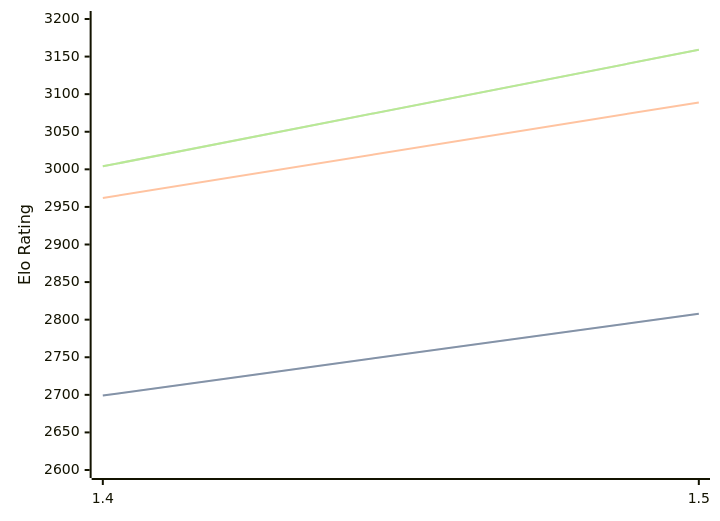
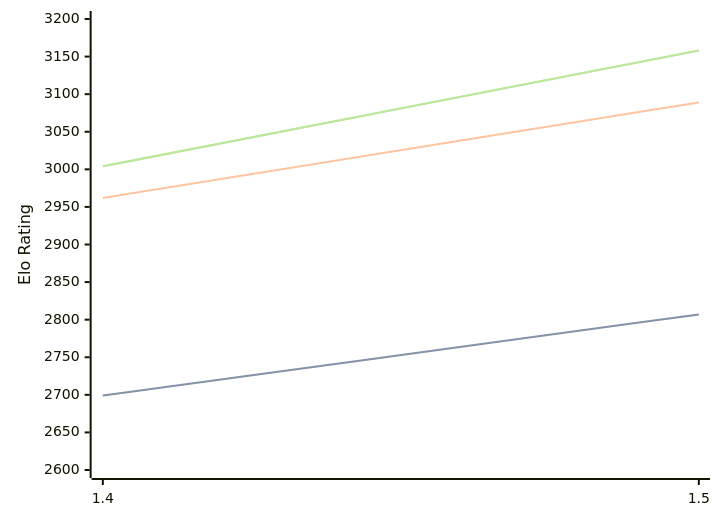
One commit to computer-chess-index/cci changed the diagram in engines/Yakka.md. Above: the diagram before and after it, drawn with Mermaid. The commit also changed other lines of this file, not shown here.

Commit message:
Update CCI Ratings (ELO VLTC) - 2026-02-21

````diff
--- a/engines/Yakka.md
+++ b/engines/Yakka.md
@@ -33,11 +33,11 @@
 ```mermaid
 %%{init: {"theme":"base","themeVariables":{"seriesColors:['#a3a3a3','#222221','#faa371']}}}%%
 xychart-beta
   x-axis ["1.4", "1.5"]
   y-axis "Elo Rating" 2600 --> 3200
-  line "STC (8.0+0.08s)" [2699, 2808]
-  line "STC (8.0+0.08s)" [2699, 2808]
+  line "STC (8.0+0.08s)" [2699, 2807]
+  line "STC (8.0+0.08s)" [2699, 2807]
   line "LTC (60.0+0.60s)" [2962, 3089]
-  line "VLTC (2m24s+1.12s)" [3004, 3159]
-  line "VLTC (2m24s+1.12s)" [3004, 3159]
+  line "VLTC (2m24s+1.12s)" [3004, 3158]
+  line "VLTC (2m24s+1.12s)" [3004, 3158]
 ```
````
